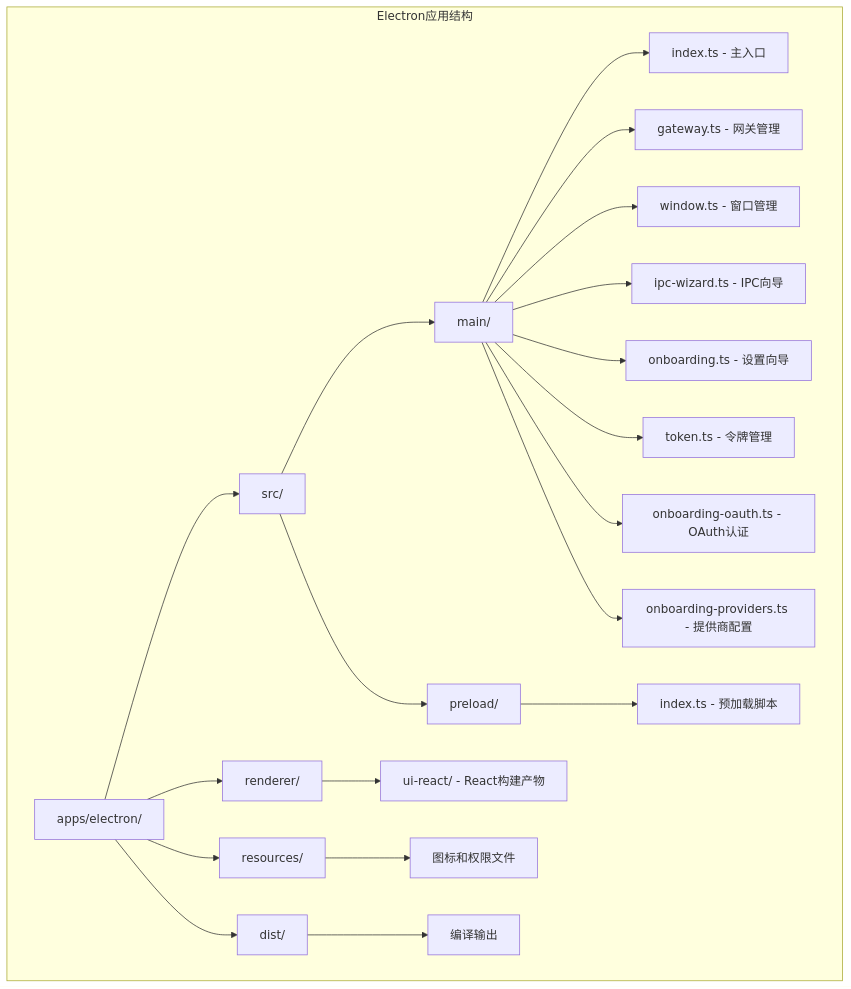
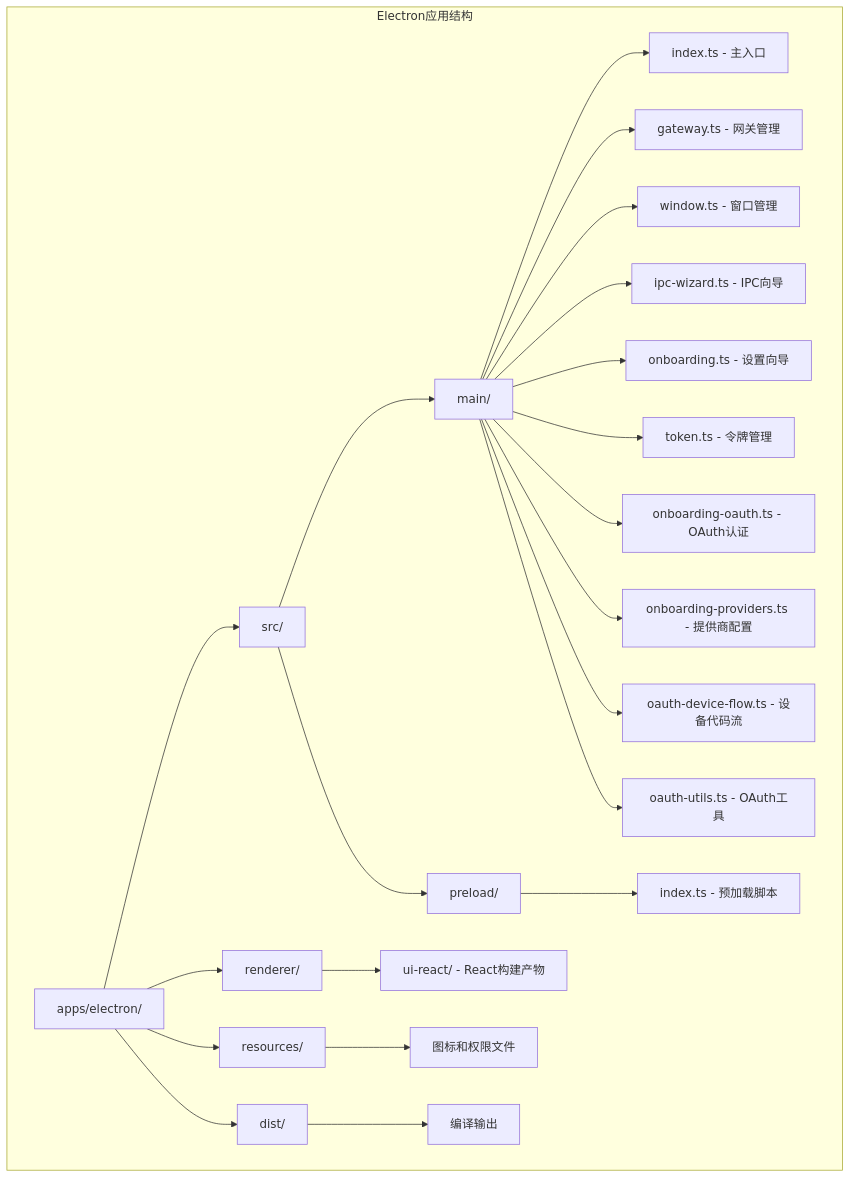
The first of 19 diagrams in .qoder/repowiki/zh/content/核心概念/Electron应用增强.md (verse-ai-org/openclaw), drawn with Mermaid before and after one commit. The commit also changed other lines of this file and 19 other files, not shown here.

````diff
--- a/.qoder/repowiki/zh/content/核心概念/Electron应用增强.md
+++ b/.qoder/repowiki/zh/content/核心概念/Electron应用增强.md
@@ -64,23 +76,25 @@
 ```mermaid
 graph TB
 subgraph "Electron应用结构"
 A[apps/electron/] --> B[src/]
 A --> C[renderer/]
 A --> D[resources/]
 A --> E[dist/]
 B --> F[main/]
 B --> G[preload/]
 F --> H[index.ts - 主入口]
 F --> I[gateway.ts - 网关管理]
 F --> J[window.ts - 窗口管理]
 F --> K[ipc-wizard.ts - IPC向导]
 F --> L[onboarding.ts - 设置向导]
 F --> M[token.ts - 令牌管理]
 F --> N[onboarding-oauth.ts - OAuth认证]
 F --> O[onboarding-providers.ts - 提供商配置]
-G --> P[index.ts - 预加载脚本]
-C --> Q[ui-react/ - React构建产物]
-D --> R[图标和权限文件]
-E --> S[编译输出]
+F --> P[oauth-device-flow.ts - 设备代码流]
+F --> Q[oauth-utils.ts - OAuth工具]
+G --> R[index.ts - 预加载脚本]
+C --> S[ui-react/ - React构建产物]
+D --> T[图标和权限文件]
+E --> U[编译输出]
 end
 ```
````
